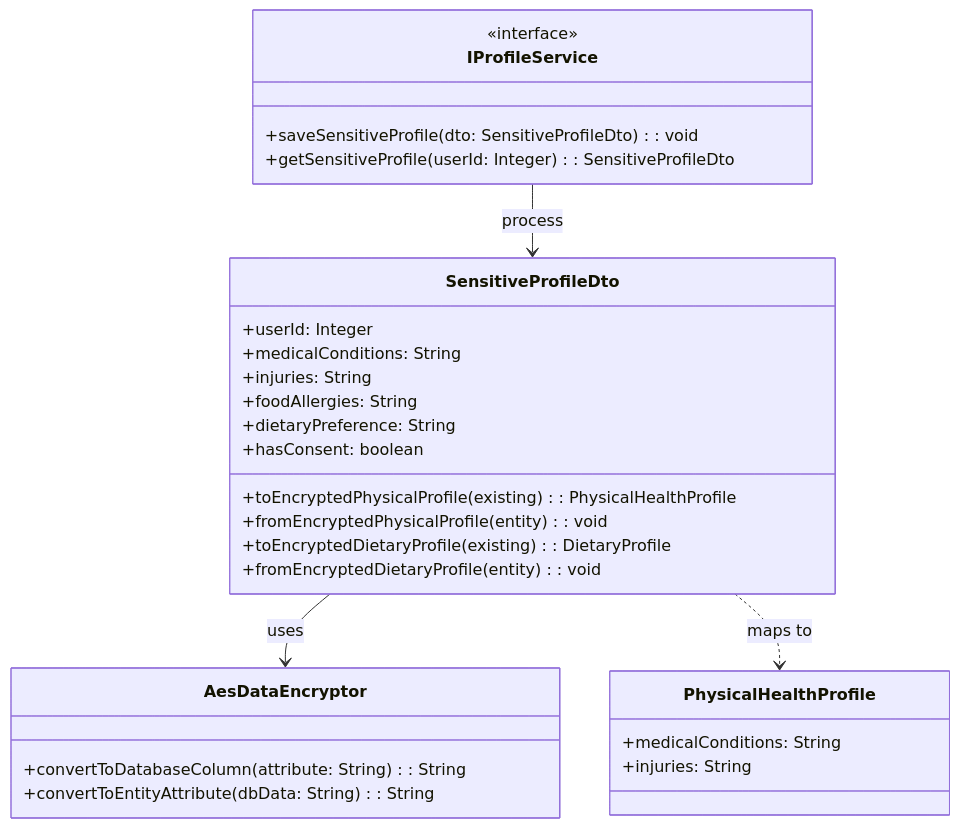
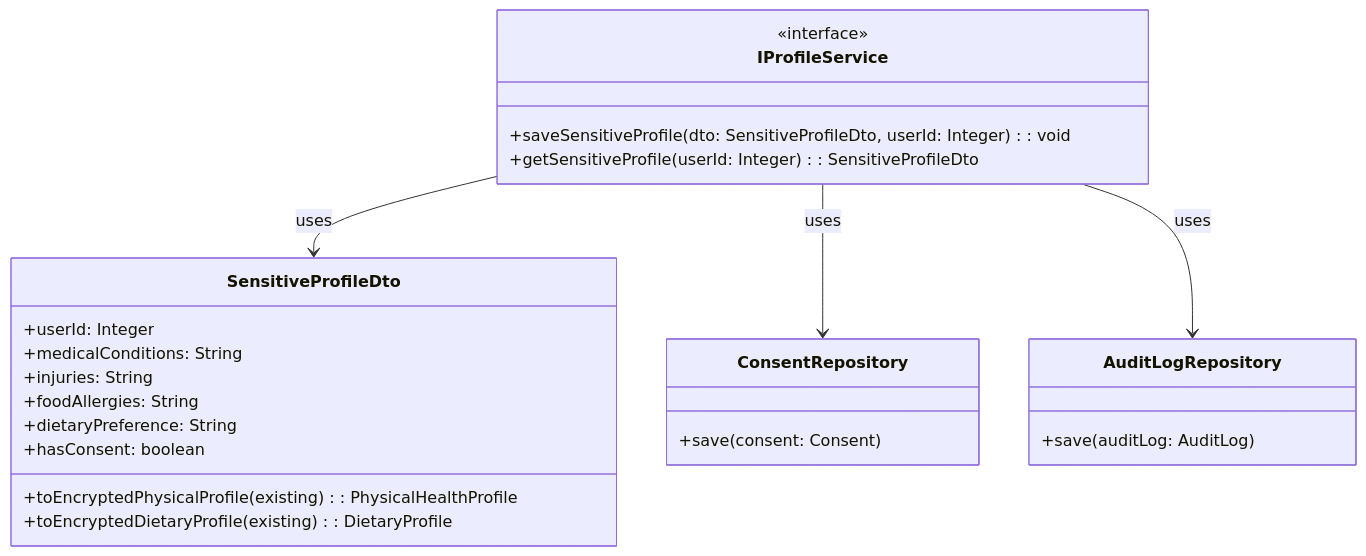
The first of 2 diagrams in 04_Implement/Module1/EDS_UC02_Implementation.md (danhdac36/xoai-aura-retreat), drawn with Mermaid before and after one commit. The commit also changed other lines of this file and 25 other files, not shown here.

Commit message:
feature update health/person profile

````diff
--- a/04_Implement/Module1/EDS_UC02_Implementation.md
+++ b/04_Implement/Module1/EDS_UC02_Implementation.md
@@ -116,32 +78,28 @@
 ```mermaid
 classDiagram
     class SensitiveProfileDto {
         +userId: Integer
         +medicalConditions: String
         +injuries: String
         +foodAllergies: String
         +dietaryPreference: String
         +hasConsent: boolean
         +toEncryptedPhysicalProfile(existing): PhysicalHealthProfile
-        +fromEncryptedPhysicalProfile(entity): void
         +toEncryptedDietaryProfile(existing): DietaryProfile
-        +fromEncryptedDietaryProfile(entity): void
-    }
-    class AesDataEncryptor {
-        +convertToDatabaseColumn(attribute: String): String
-        +convertToEntityAttribute(dbData: String): String
     }
     class IProfileService {
         <<interface>>
-        +saveSensitiveProfile(dto: SensitiveProfileDto): void
+        +saveSensitiveProfile(dto: SensitiveProfileDto, userId: Integer): void
         +getSensitiveProfile(userId: Integer): SensitiveProfileDto
     }
-    class PhysicalHealthProfile {
-        +medicalConditions: String
-        +injuries: String
+    class ConsentRepository {
+        +save(consent: Consent)
+    }
+    class AuditLogRepository {
+        +save(auditLog: AuditLog)
     }
     
-    SensitiveProfileDto --> AesDataEncryptor : uses
-    SensitiveProfileDto ..> PhysicalHealthProfile : maps to
-    IProfileService --> SensitiveProfileDto : process
+    IProfileService --> SensitiveProfileDto : uses
+    IProfileService --> ConsentRepository : uses
+    IProfileService --> AuditLogRepository : uses
 ```
````
